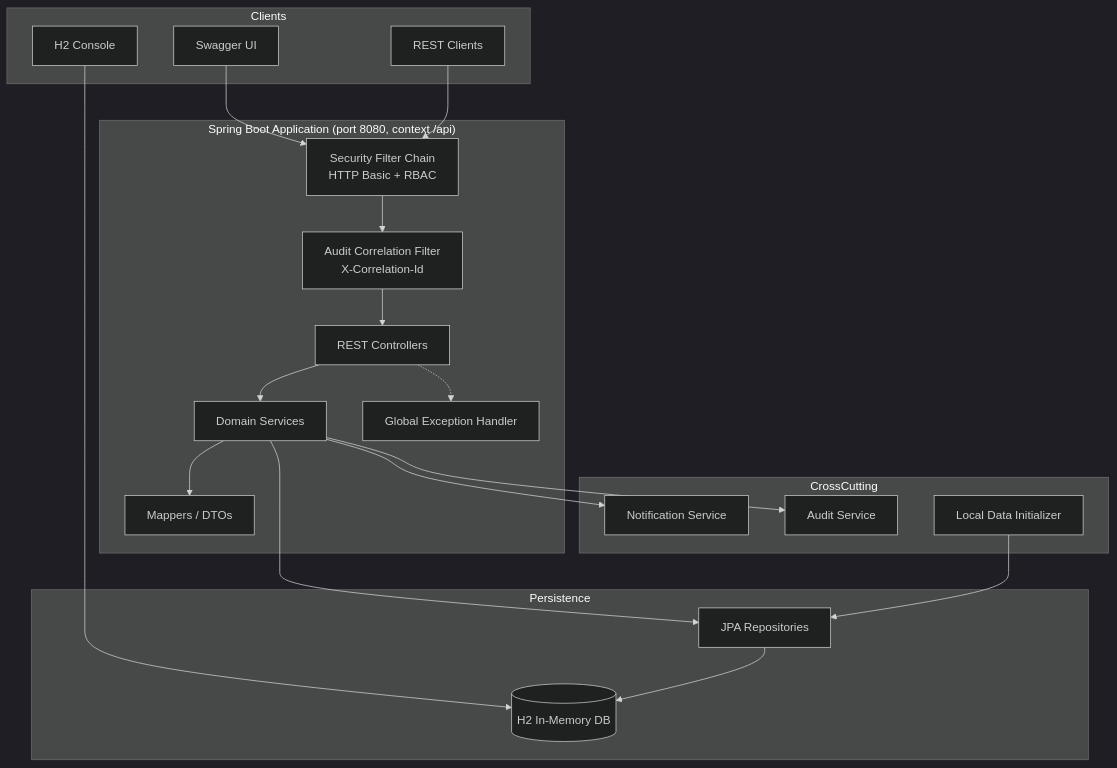
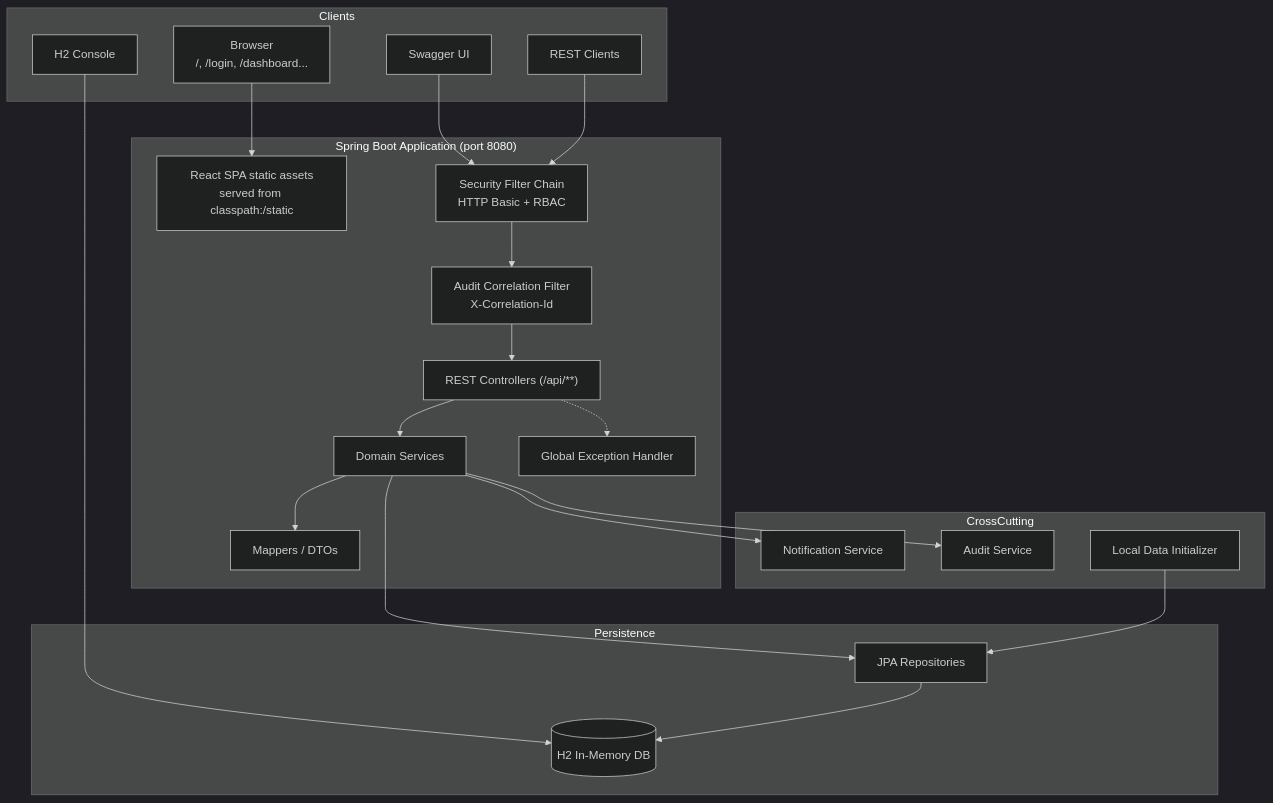
Before and after one commit to luckysuie/banking: the first of 2 diagrams in digital-banking-platform/README.md, drawn with Mermaid (dark theme). The commit also changed other lines of this file and 22 other files, not shown here.

````diff
--- a/digital-banking-platform/README.md
+++ b/digital-banking-platform/README.md
@@ -106,38 +106,41 @@
 ```mermaid
 flowchart TB
     subgraph Clients
         SW[Swagger UI]
         API[REST Clients]
         H2C[H2 Console]
+        BROWSER[Browser<br/>/, /login, /dashboard...]
     end
 
-    subgraph "Spring Boot Application (port 8080, context /api)"
+    subgraph "Spring Boot Application (port 8080)"
+        SPA[React SPA static assets<br/>served from classpath:/static]
         SEC[Security Filter Chain<br/>HTTP Basic + RBAC]
         CORR[Audit Correlation Filter<br/>X-Correlation-Id]
-        CTRL[REST Controllers]
+        CTRL["REST Controllers (/api/**)"]
         SVC[Domain Services]
         MAP[Mappers / DTOs]
         EXC[Global Exception Handler]
     end
 
     subgraph Persistence
         REPO[JPA Repositories]
         H2[(H2 In-Memory DB)]
     end
 
     subgraph CrossCutting
         NOTIF[Notification Service]
         AUDIT[Audit Service]
         SEED[Local Data Initializer]
     end
 
     SW --> SEC
     API --> SEC
     H2C --> H2
+    BROWSER --> SPA
     SEC --> CORR --> CTRL --> SVC --> MAP
     SVC --> REPO --> H2
     SVC --> NOTIF
     SVC --> AUDIT
     SEED --> REPO
     CTRL -.-> EXC
 ```
````
